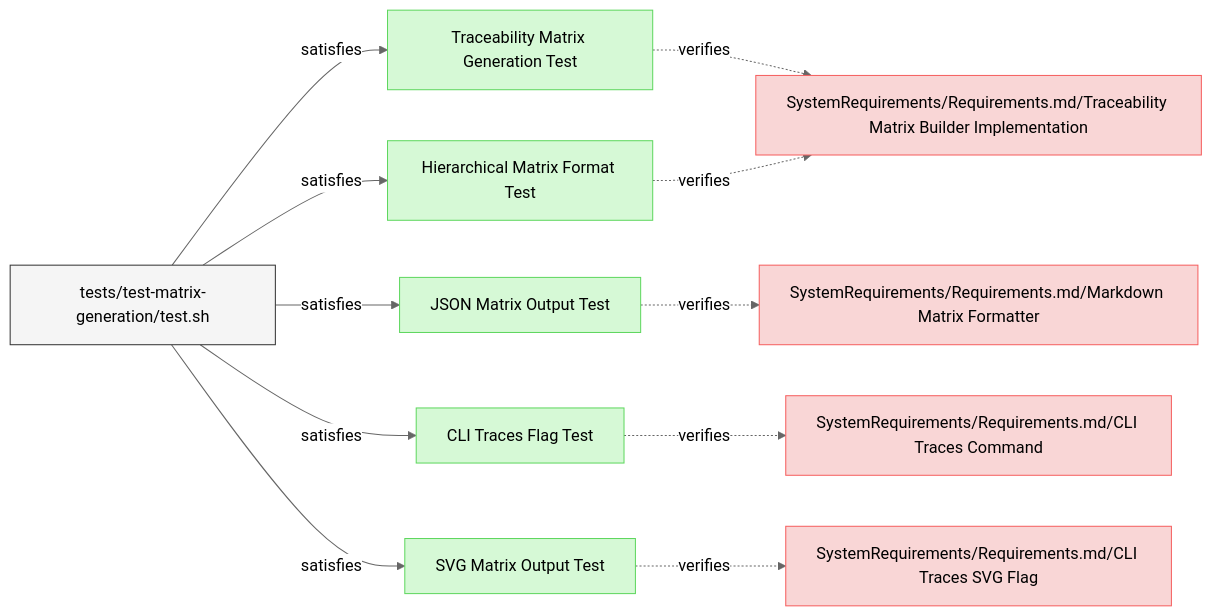
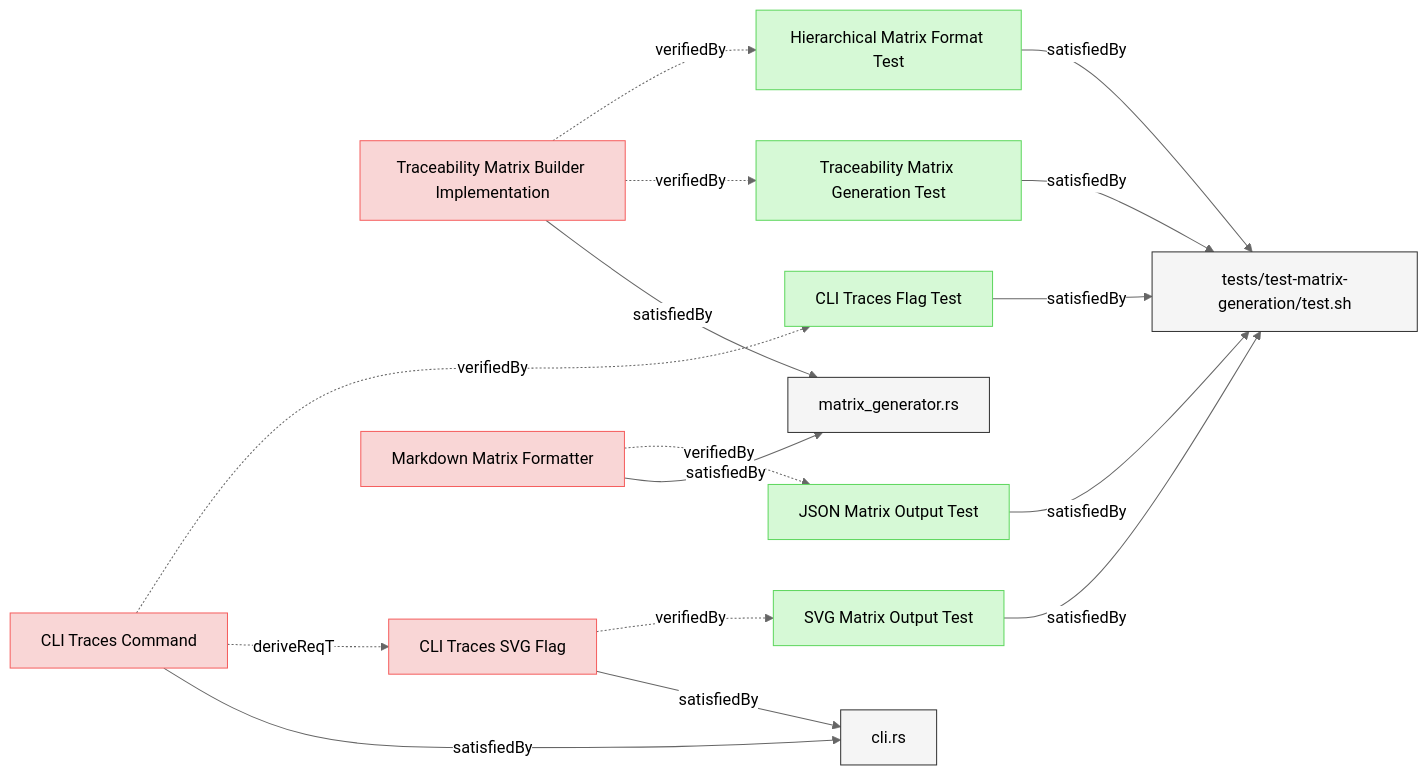
Before and after one commit to reqvire-org/reqvire: the diagram in specifications/Verifications/TreacibilityMatrix.md, drawn with Mermaid (neutral theme). The commit also changed 27 other files, not shown here.

Commit message:
Diagrams update.X

````diff
--- a/specifications/Verifications/TreacibilityMatrix.md
+++ b/specifications/Verifications/TreacibilityMatrix.md
@@ -6,61 +6,78 @@
 ```mermaid
 graph LR;
   %% Graph styling
   classDef requirement fill:#f9d6d6,stroke:#f55f5f,stroke-width:1px;
   classDef verification fill:#d6f9d6,stroke:#5fd75f,stroke-width:1px;
   classDef externalLink fill:#d0e0ff,stroke:#3080ff,stroke-width:1px;
   classDef default fill:#f5f5f5,stroke:#333333,stroke-width:1px;
 
+  62b41611d85d4161["SVG Matrix Output Test"];
+  class 62b41611d85d4161 verification;
+  click 62b41611d85d4161 "TreacibilityMatrix.md#svg-matrix-output-test";
+  8aec4f4d071ac12c["tests/test-matrix-generation/test.sh"];
+  class 8aec4f4d071ac12c default;
+  click 8aec4f4d071ac12c "../../tests/test-matrix-generation/test.sh";
+  62b41611d85d4161 -->|satisfiedBy| 8aec4f4d071ac12c;
   aa85c85e7c41d899["Traceability Matrix Generation Test"];
   class aa85c85e7c41d899 verification;
   click aa85c85e7c41d899 "TreacibilityMatrix.md#traceability-matrix-generation-test";
-  b55d8517cd3e58["SystemRequirements/Requirements.md/Traceability Matrix Builder Implementation"];
-  class b55d8517cd3e58 requirement;
-  click b55d8517cd3e58 "../SystemRequirements/Requirements.md#traceability-matrix-builder-implementation";
-  aa85c85e7c41d899 -.->|verifies| b55d8517cd3e58;
   8aec4f4d071ac12c["tests/test-matrix-generation/test.sh"];
   class 8aec4f4d071ac12c default;
   click 8aec4f4d071ac12c "../../tests/test-matrix-generation/test.sh";
-  8aec4f4d071ac12c -->|satisfies| aa85c85e7c41d899;
+  aa85c85e7c41d899 -->|satisfiedBy| 8aec4f4d071ac12c;
   50c290277850dd17["JSON Matrix Output Test"];
   class 50c290277850dd17 verification;
   click 50c290277850dd17 "TreacibilityMatrix.md#json-matrix-output-test";
-  1b7491b67a792bc9["SystemRequirements/Requirements.md/Markdown Matrix Formatter"];
-  class 1b7491b67a792bc9 requirement;
-  click 1b7491b67a792bc9 "../SystemRequirements/Requirements.md#markdown-matrix-formatter";
-  50c290277850dd17 -.->|verifies| 1b7491b67a792bc9;
   8aec4f4d071ac12c["tests/test-matrix-generation/test.sh"];
   class 8aec4f4d071ac12c default;
   click 8aec4f4d071ac12c "../../tests/test-matrix-generation/test.sh";
-  8aec4f4d071ac12c -->|satisfies| 50c290277850dd17;
+  50c290277850dd17 -->|satisfiedBy| 8aec4f4d071ac12c;
   7f6c7f917ed529ae["CLI Traces Flag Test"];
   class 7f6c7f917ed529ae verification;
   click 7f6c7f917ed529ae "TreacibilityMatrix.md#cli-traces-flag-test";
-  5bfc0d5fd7bba25["SystemRequirements/Requirements.md/CLI Traces Command"];
-  class 5bfc0d5fd7bba25 requirement;
-  click 5bfc0d5fd7bba25 "../SystemRequirements/Requirements.md#cli-traces-command";
-  7f6c7f917ed529ae -.->|verifies| 5bfc0d5fd7bba25;
   8aec4f4d071ac12c["tests/test-matrix-generation/test.sh"];
   class 8aec4f4d071ac12c default;
   click 8aec4f4d071ac12c "../../tests/test-matrix-generation/test.sh";
-  8aec4f4d071ac12c -->|satisfies| 7f6c7f917ed529ae;
-  62b41611d85d4161["SVG Matrix Output Test"];
-  class 62b41611d85d4161 verification;
-  click 62b41611d85d4161 "TreacibilityMatrix.md#svg-matrix-output-test";
-  1d9a1c502316e443["SystemRequirements/Requirements.md/CLI Traces SVG Flag"];
-  class 1d9a1c502316e443 requirement;
-  click 1d9a1c502316e443 "../SystemRequirements/Requirements.md#cli-traces-svg-flag";
-  62b41611d85d4161 -.->|verifies| 1d9a1c502316e443;
+  7f6c7f917ed529ae -->|satisfiedBy| 8aec4f4d071ac12c;
+  5a25cf6244f4f44["Hierarchical Matrix Format Test"];
+  class 5a25cf6244f4f44 verification;
+  click 5a25cf6244f4f44 "TreacibilityMatrix.md#hierarchical-matrix-format-test";
   8aec4f4d071ac12c["tests/test-matrix-generation/test.sh"];
   class 8aec4f4d071ac12c default;
   click 8aec4f4d071ac12c "../../tests/test-matrix-generation/test.sh";
-  8aec4f4d071ac12c -->|satisfies| 62b41611d85d4161;
-  5a25cf6244f4f44["Hierarchical Matrix Format Test"];
-  class 5a25cf6244f4f44 verification;
-  click 5a25cf6244f4f44 "TreacibilityMatrix.md#hierarchical-matrix-format-test";
-  5a25cf6244f4f44 -.->|verifies| b55d8517cd3e58;
-  8aec4f4d071ac12c["tests/test-matrix-generation/test.sh"];
-  class 8aec4f4d071ac12c default;
-  click 8aec4f4d071ac12c "../../tests/test-matrix-generation/test.sh";
-  8aec4f4d071ac12c -->|satisfies| 5a25cf6244f4f44;
+  5a25cf6244f4f44 -->|satisfiedBy| 8aec4f4d071ac12c;
+  b55d8517cd3e58["Traceability Matrix Builder Implementation"];
+  class b55d8517cd3e58 requirement;
+  click b55d8517cd3e58 "../SystemRequirements/Requirements.md#traceability-matrix-builder-implementation";
+  16bf75b57622c10["matrix_generator.rs"];
+  class 16bf75b57622c10 default;
+  click 16bf75b57622c10 "../../core/src/matrix_generator.rs";
+  b55d8517cd3e58 -->|satisfiedBy| 16bf75b57622c10;
+  b55d8517cd3e58 -.->|verifiedBy| aa85c85e7c41d899;
+  b55d8517cd3e58 -.->|verifiedBy| 5a25cf6244f4f44;
+  1d9a1c502316e443["CLI Traces SVG Flag"];
+  class 1d9a1c502316e443 requirement;
+  click 1d9a1c502316e443 "../SystemRequirements/Requirements.md#cli-traces-svg-flag";
+  80defdd4cbc7ee18["cli.rs"];
+  class 80defdd4cbc7ee18 default;
+  click 80defdd4cbc7ee18 "../../cli/src/cli.rs";
+  1d9a1c502316e443 -->|satisfiedBy| 80defdd4cbc7ee18;
+  1d9a1c502316e443 -.->|verifiedBy| 62b41611d85d4161;
+  5bfc0d5fd7bba25["CLI Traces Command"];
+  class 5bfc0d5fd7bba25 requirement;
+  click 5bfc0d5fd7bba25 "../SystemRequirements/Requirements.md#cli-traces-command";
+  80defdd4cbc7ee18["cli.rs"];
+  class 80defdd4cbc7ee18 default;
+  click 80defdd4cbc7ee18 "../../cli/src/cli.rs";
+  5bfc0d5fd7bba25 -->|satisfiedBy| 80defdd4cbc7ee18;
+  5bfc0d5fd7bba25 -.->|deriveReqT| 1d9a1c502316e443;
+  5bfc0d5fd7bba25 -.->|verifiedBy| 7f6c7f917ed529ae;
+  1b7491b67a792bc9["Markdown Matrix Formatter"];
+  class 1b7491b67a792bc9 requirement;
+  click 1b7491b67a792bc9 "../SystemRequirements/Requirements.md#markdown-matrix-formatter";
+  16bf75b57622c10["matrix_generator.rs"];
+  class 16bf75b57622c10 default;
+  click 16bf75b57622c10 "../../core/src/matrix_generator.rs";
+  1b7491b67a792bc9 -->|satisfiedBy| 16bf75b57622c10;
+  1b7491b67a792bc9 -.->|verifiedBy| 50c290277850dd17;
 ```
````
